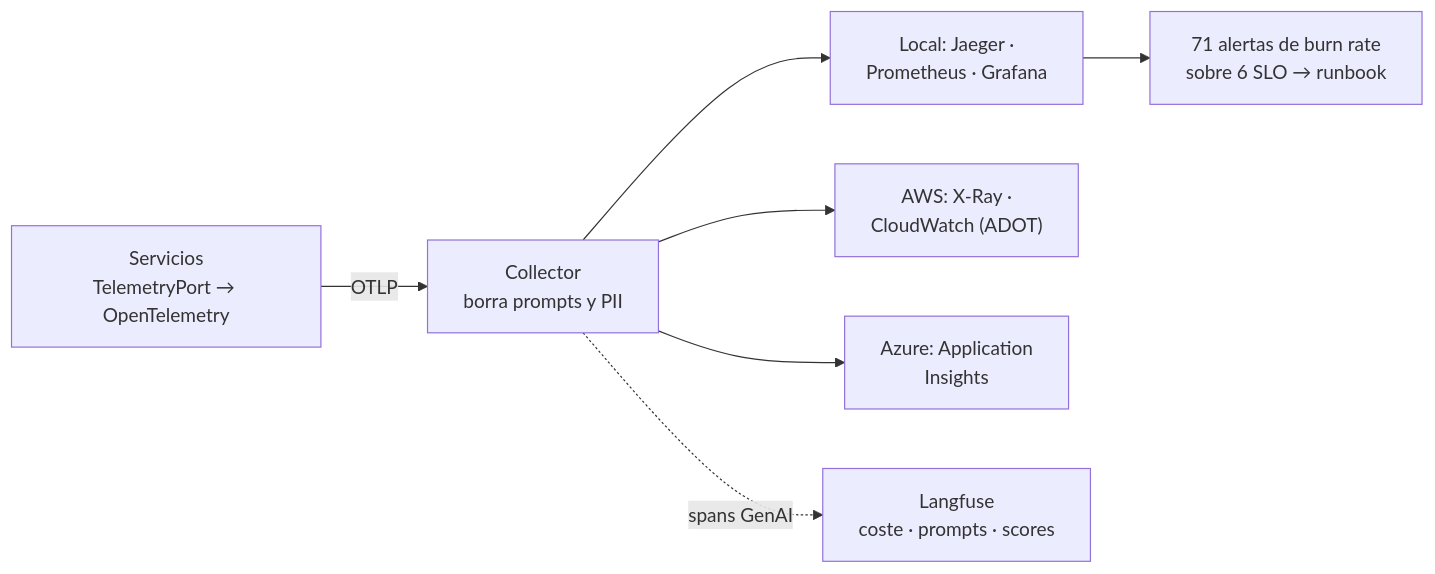
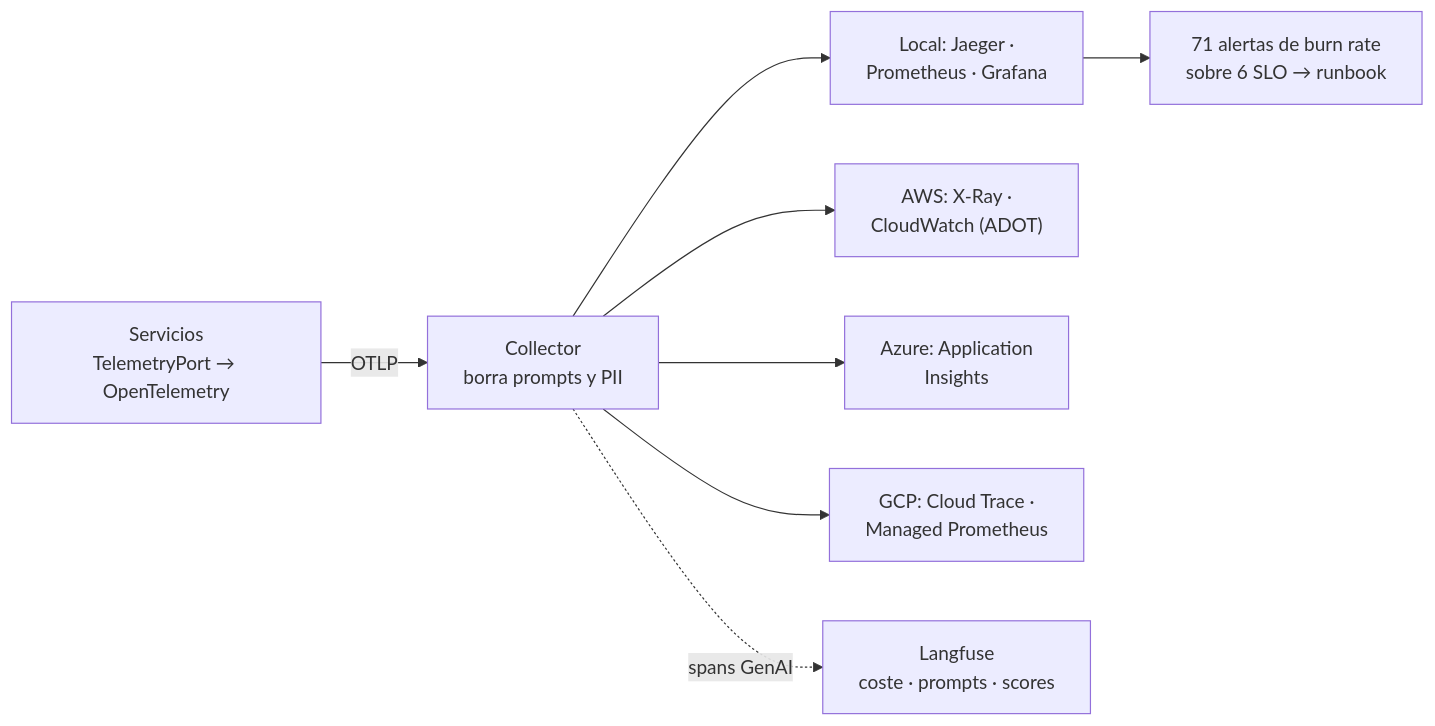
The tenth of 13 diagrams in docs/arquitectura.md (SergioVelmay/GenAI_PoCs), drawn with Mermaid before and after one commit. The commit also changed other lines of this file and 7 other files, not shown here.

````diff
--- a/docs/arquitectura.md
+++ b/docs/arquitectura.md
@@ -263,9 +272,10 @@
 ```mermaid
 flowchart LR
   APP["Servicios<br/>TelemetryPort → OpenTelemetry"] -->|"OTLP"| COL["Collector<br/>borra prompts y PII"]
   COL --> LOC["Local: Jaeger ·<br/>Prometheus · Grafana"]
   COL --> AWS["AWS: X-Ray ·<br/>CloudWatch (ADOT)"]
   COL --> AZ["Azure: Application<br/>Insights"]
+  COL --> GC["GCP: Cloud Trace ·<br/>Managed Prometheus"]
   COL -.->|"spans GenAI"| LF["Langfuse<br/>coste · prompts · scores"]
   LOC --> AL["71 alertas de burn rate<br/>sobre 6 SLO → runbook"]
 ```
````
